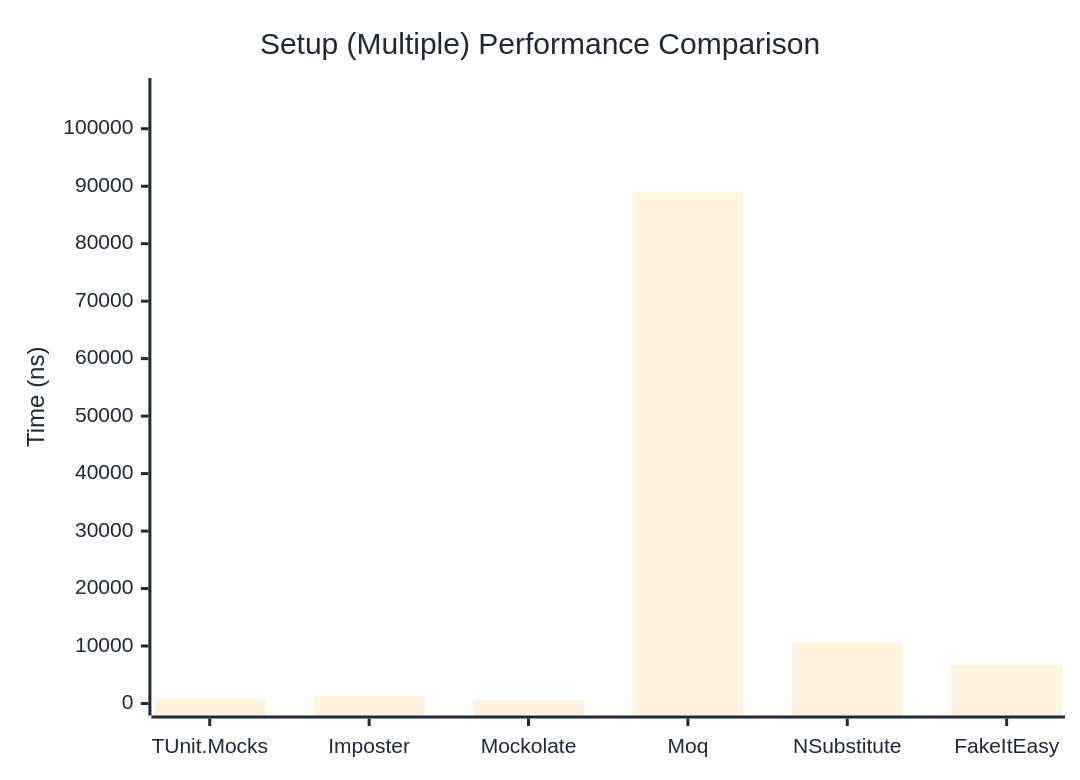
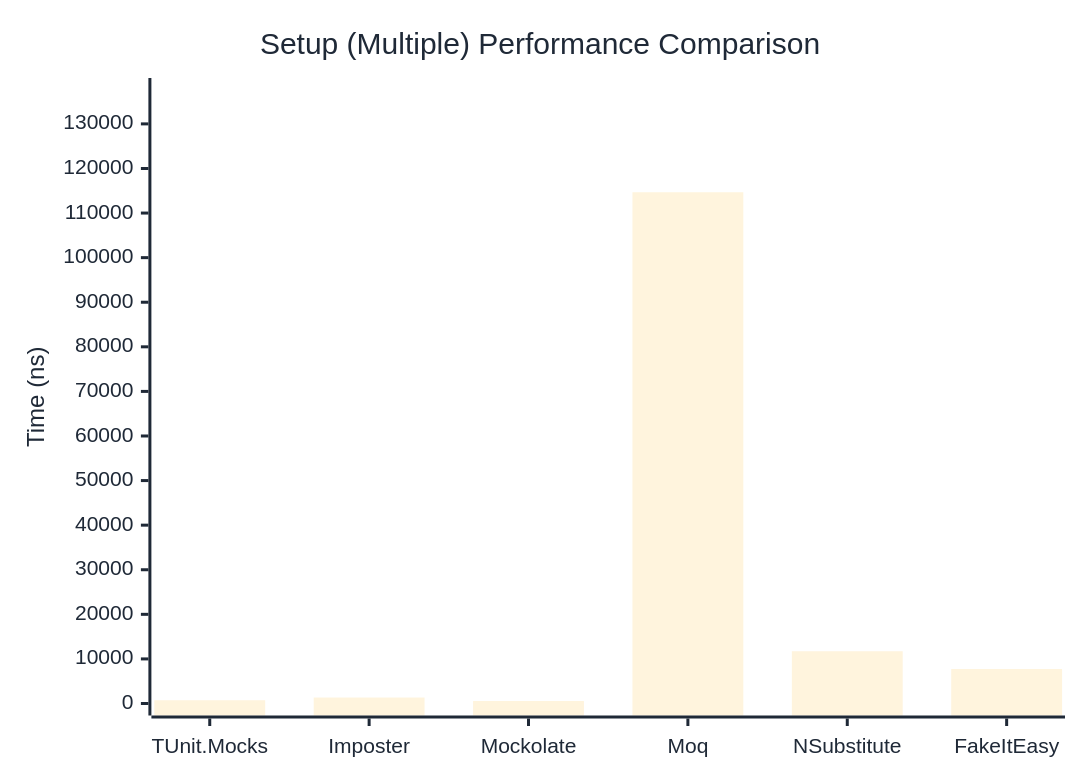
One commit to thomhurst/TUnit changed the second of 2 diagrams in docs/docs/benchmarks/mocks/Setup.md. Above: the diagram before and after it, drawn with Mermaid. The commit also changed other lines of this file and 14 other files, not shown here.

````diff
--- a/docs/docs/benchmarks/mocks/Setup.md
+++ b/docs/docs/benchmarks/mocks/Setup.md
@@ -71,27 +71,27 @@
 ```mermaid
 %%{init: {
   'theme':'base',
   'themeVariables': {
     'primaryColor': '#2563eb',
     'primaryTextColor': '#1f2937',
     'primaryBorderColor': '#1e40af',
     'lineColor': '#6b7280',
     'secondaryColor': '#7c3aed',
     'tertiaryColor': '#dc2626',
     'background': '#ffffff',
     'pie1': '#2563eb',
     'pie2': '#7c3aed',
     'pie3': '#dc2626',
     'pie4': '#f59e0b',
     'pie5': '#10b981',
     'pie6': '#06b6d4',
     'pie7': '#ec4899',
     'pie8': '#6366f1'
   }
 }}%%
 xychart-beta
   title "Setup (Multiple) Performance Comparison"
   x-axis ["TUnit.Mocks", "Imposter", "Mockolate", "Moq", "NSubstitute", "FakeItEasy"]
-  y-axis "Time (ns)" 0 --> 106740
-  bar [765, 1339.6, 574.6, 88949.6, 10630.5, 6759.8]
+  y-axis "Time (ns)" 0 --> 137601
+  bar [732.2, 1338.9, 554, 114666.8, 11720.6, 7737.3]
 ```
````
